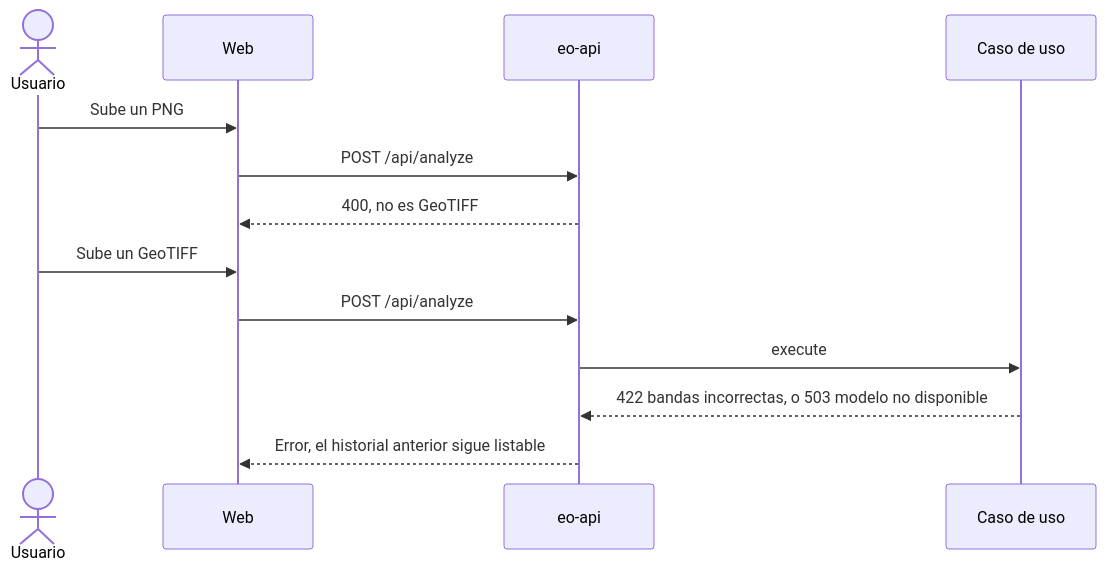
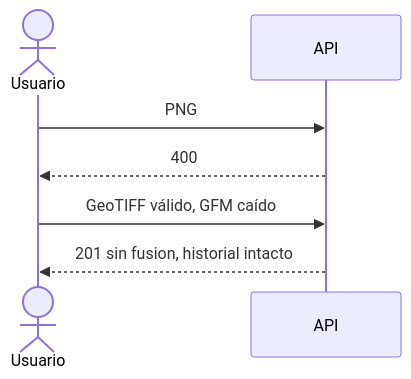
One commit to Charlsz/Tune changed the fourth of 4 diagrams in docs/SegundoInforme.md. Above: the diagram before and after it, drawn with Mermaid. The commit also changed other lines of this file, not shown here.

````diff
--- a/docs/SegundoInforme.md
+++ b/docs/SegundoInforme.md
@@ -537,15 +316,9 @@
 ```mermaid
 sequenceDiagram
   actor Usuario
-  participant Web as Web
-  participant API as eo-api
-  participant Caso as Caso de uso
-  Usuario->>Web: Sube un PNG
-  Web->>API: POST /api/analyze
-  API-->>Web: 400, no es GeoTIFF
-  Usuario->>Web: Sube un GeoTIFF
-  Web->>API: POST /api/analyze
-  API->>Caso: execute
-  Caso-->>API: 422 bandas incorrectas, o 503 modelo no disponible
-  API-->>Web: Error, el historial anterior sigue listable
+  participant API
+  Usuario->>API: PNG
+  API-->>Usuario: 400
+  Usuario->>API: GeoTIFF válido, GFM caído
+  API-->>Usuario: 201 sin fusion, historial intacto
 ```
````
